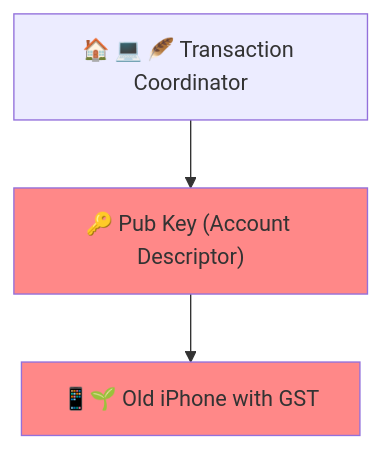
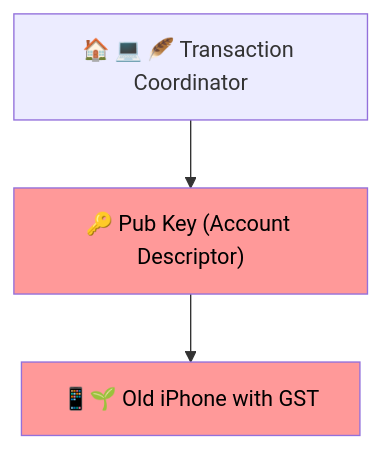
Diagram 14 of 26 in Docs/Scenario-Multisig.md (BlockchainCommons/SmartCustody), drawn with Mermaid before and after one commit. The commit also changed other lines of this file, not shown here.

````diff
--- a/Docs/Scenario-Multisig.md
+++ b/Docs/Scenario-Multisig.md
@@ -536,11 +536,11 @@
 ```mermaid
     graph TD;
     A["🏠 💻 🪶 Transaction Coordinator"]
     B["🔑 Pub Key (Account Descriptor)"]
     C["📱🌱 Old iPhone with GST"]
 
     A-->B-->C
     
-    style B fill:#ff8888;
-    style C fill:#ff8888;
+    style B color:#000,fill:#ff9999;
+    style C color:#000,fill:#ff9999;
 ```
````
